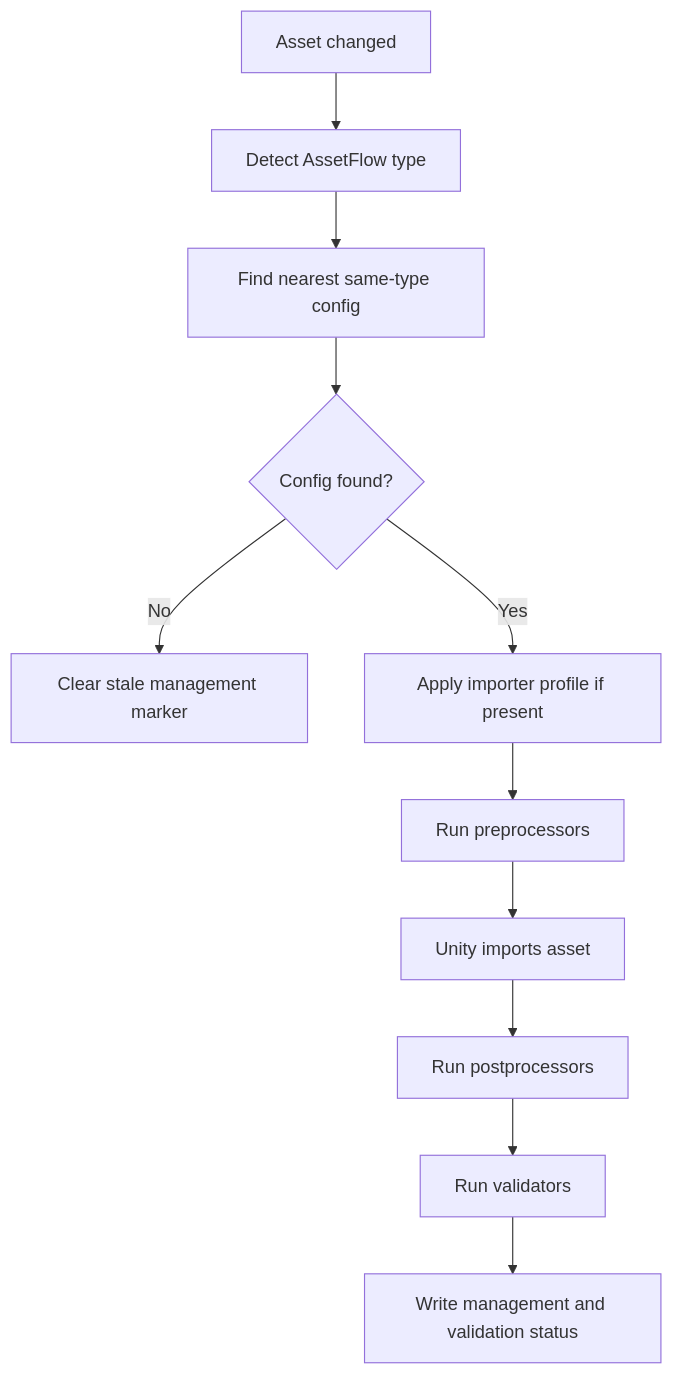
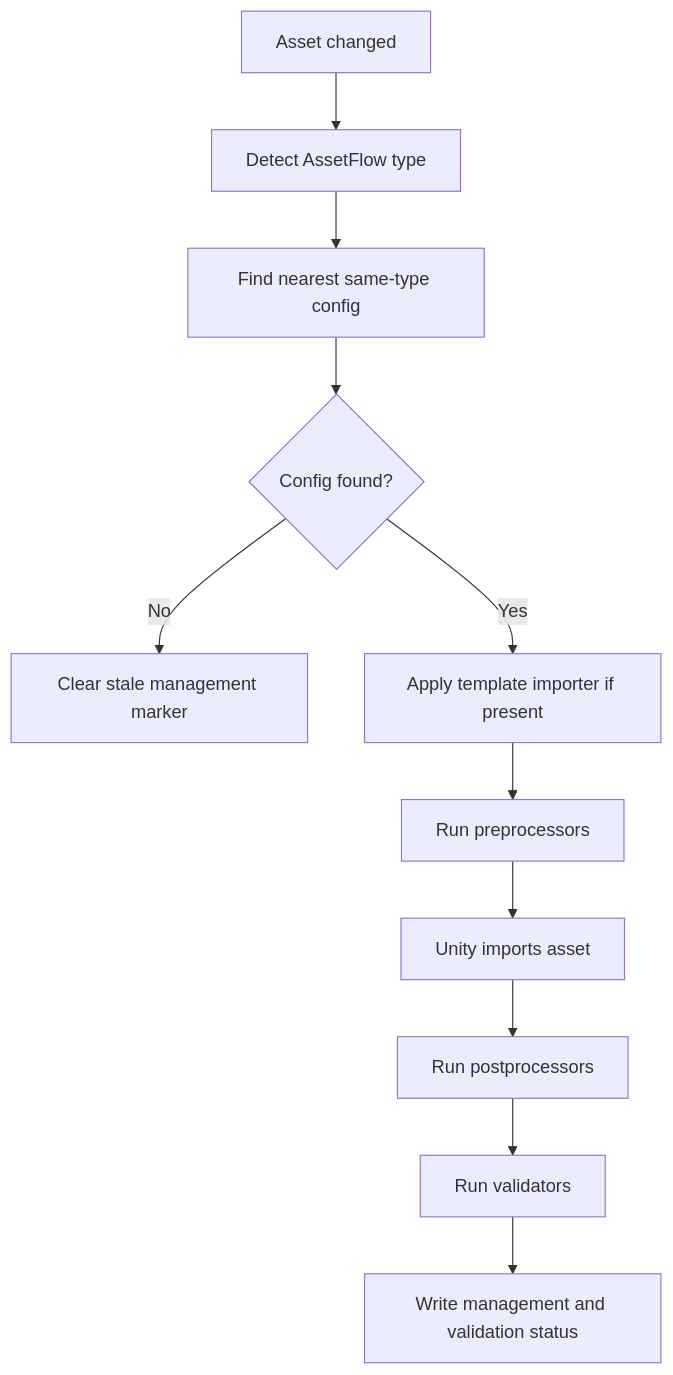
The diagram in docs/assetflow-product-design-report.md (Puring103/AssetFlow), drawn with Mermaid before and after one commit. The commit also changed other lines of this file and 65 other files, not shown here.

Commit message:
Refactor AssetFlow importer workflow architecture

````diff
--- a/docs/assetflow-product-design-report.md
+++ b/docs/assetflow-product-design-report.md
@@ -255,13 +255,13 @@
 ```mermaid
 flowchart TD
   A["Asset changed"] --> B["Detect AssetFlow type"]
   B --> C["Find nearest same-type config"]
   C --> D{"Config found?"}
   D -- "No" --> E["Clear stale management marker"]
-  D -- "Yes" --> F["Apply importer profile if present"]
+  D -- "Yes" --> F["Apply template importer if present"]
   F --> G["Run preprocessors"]
   G --> H["Unity imports asset"]
   H --> I["Run postprocessors"]
   I --> J["Run validators"]
   J --> K["Write management and validation status"]
 ```
````
